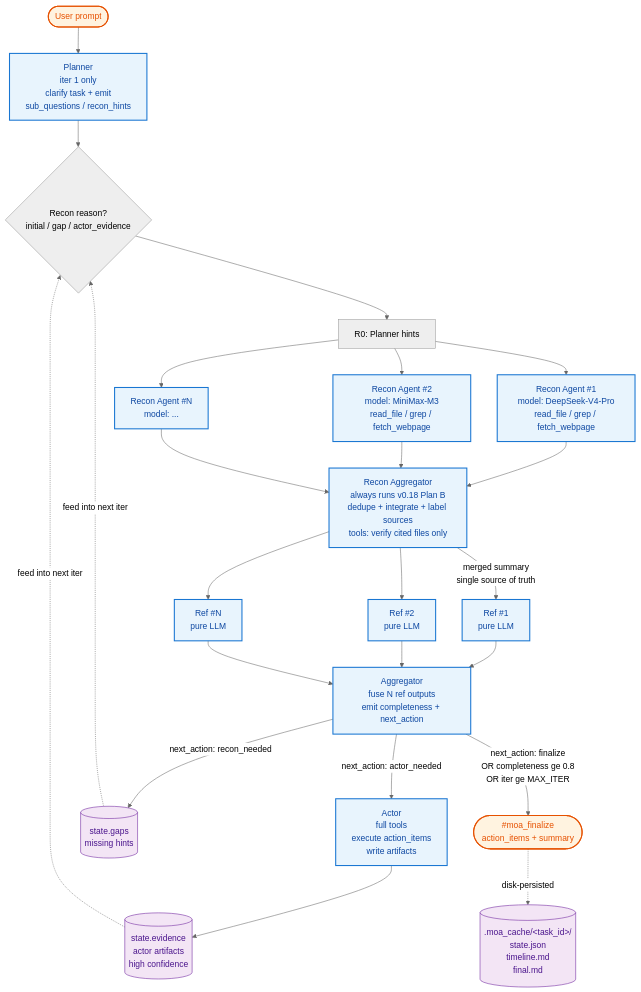
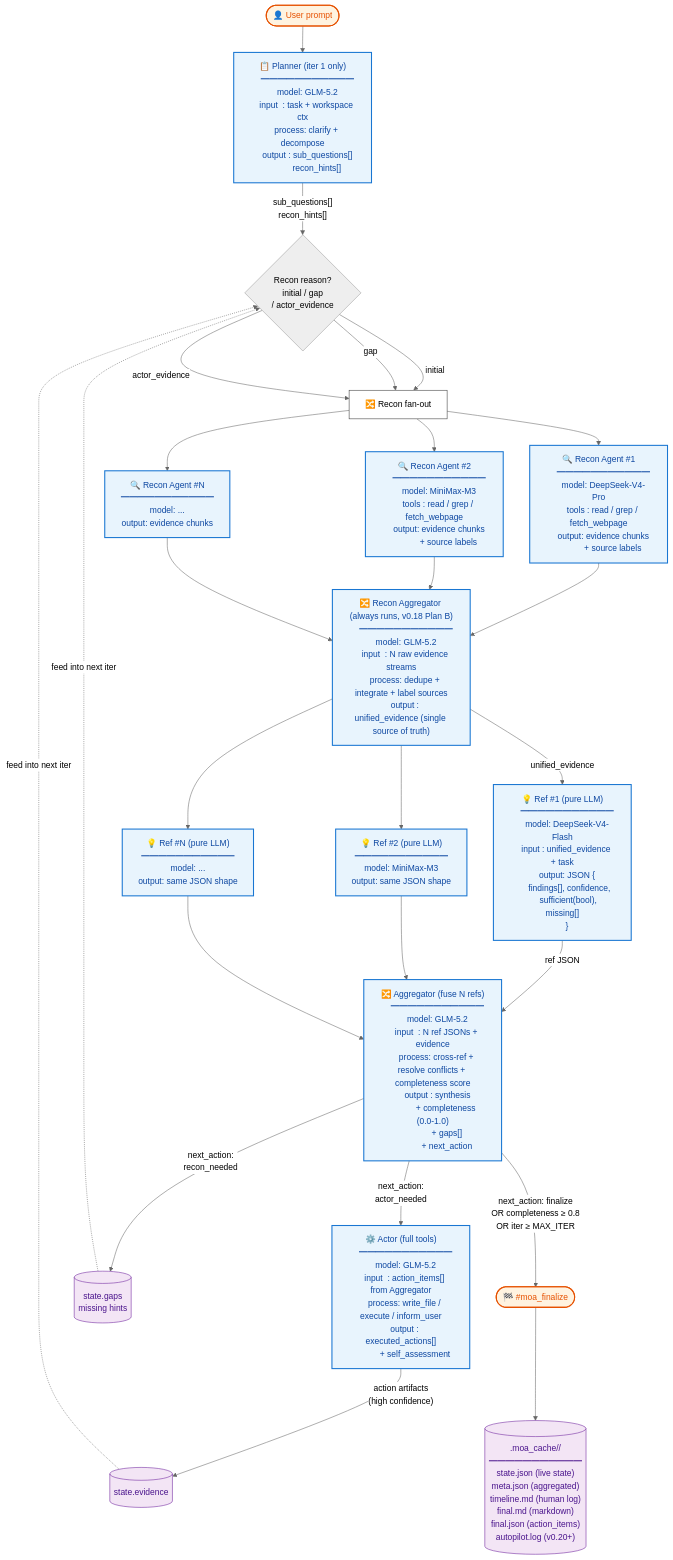
One commit to DDL095/vscode-moa changed the first of 2 diagrams in README.md. Above: the diagram before and after it, drawn with Mermaid (neutral theme). The commit also changed other lines of this file and 3 other files, not shown here.

First line of the commit message:
v0.20.3: README bilingual split + mermaid fix + detailed flow diagram

````diff
--- a/README.md
+++ b/README.md
@@ -29,27 +31,134 @@
 ```mermaid
 flowchart TD
-    U([User prompt]) --> P[Planner<br/>iter 1 only<br/>clarify task + emit<br/>sub_questions / recon_hints]
-    P --> R{Recon reason?<br/>initial / gap / actor_evidence}
-    R --> R0[R0: Planner hints]
-    R0 --> RA1[Recon Agent #1<br/>model: DeepSeek-V4-Pro<br/>read_file / grep / fetch_webpage]
-    R0 --> RA2[Recon Agent #2<br/>model: MiniMax-M3<br/>read_file / grep / fetch_webpage]
-    R0 --> RA3[Recon Agent #N<br/>model: ...]
-    RA1 --> AGG[Recon Aggregator<br/>always runs v0.18 Plan B<br/>dedupe + integrate + label sources<br/>tools: verify cited files only]
+    %% ━━ 阶段 0: 用户输入 ━━
+    U([👤 User prompt])
+
+    %% ━━ 阶段 1: Planner（仅 iter 1） ━━
+    U --> P
+    P["📋 Planner (iter 1 only)
+    ━━━━━━━━━━━
+    model: GLM-5.2
+    input  : task + workspace ctx
+    process: clarify + decompose
+    output : sub_questions[]
+            recon_hints[]"]
+
+    %% ━━ 阶段 2: Recon fan-out ━━
+    P -->|"sub_questions[]
+            recon_hints[]"| R
+    R{"Recon reason?
+      initial / gap
+      / actor_evidence"}
+    R -->|"initial"| R0["🔀 Recon fan-out"]
+    R -->|"gap"| R0
+    R -->|"actor_evidence"| R0
+
+    R0 --> RA1
+    R0 --> RA2
+    R0 --> RA3
+
+    RA1["🔍 Recon Agent #1
+    ━━━━━━━━━━━
+    model: DeepSeek-V4-Pro
+    tools : read / grep / fetch_webpage
+    output: evidence chunks
+            + source labels"]
+    RA2["🔍 Recon Agent #2
+    ━━━━━━━━━━━
+    model: MiniMax-M3
+    tools : read / grep / fetch_webpage
+    output: evidence chunks
+            + source labels"]
+    RA3["🔍 Recon Agent #N
+    ━━━━━━━━━━━
+    model: ...
+    output: evidence chunks"]
+
+    %% ━━ Recon Aggregator (Plan B, v0.18) ━━
+    RA1 --> AGG
     RA2 --> AGG
     RA3 --> AGG
-    AGG -->|merged summary<br/>single source of truth| REF1[Ref #1<br/>pure LLM]
-    AGG --> REF2[Ref #2<br/>pure LLM]
-    AGG --> REF3[Ref #N<br/>pure LLM]
-    REF1 --> A[Aggregator<br/>fuse N ref outputs<br/>emit completeness + next_action]
+
+    AGG["🔀 Recon Aggregator (always runs, v0.18 Plan B)
+    ━━━━━━━━━━━
+    model: GLM-5.2
+    input  : N raw evidence streams
+    process: dedupe + integrate + label sources
+    output : unified_evidence (single source of truth)"]
+
+    %% ━━ 阶段 3: Refs fan-out (pure LLM) ━━
+    AGG -->|"unified_evidence"| REF1
+    AGG --> REF2
+    AGG --> REF3
+
+    REF1["💡 Ref #1 (pure LLM)
+    ━━━━━━━━━━━
+    model: DeepSeek-V4-Flash
+    input : unified_evidence + task
+    output: JSON {
+      findings[], confidence,
+      sufficient(bool), missing[]
+    }"]
+    REF2["💡 Ref #2 (pure LLM)
+    ━━━━━━━━━━━
+    model: MiniMax-M3
+    output: same JSON shape"]
+    REF3["💡 Ref #N (pure LLM)
+    ━━━━━━━━━━━
+    model: ...
+    output: same JSON shape"]
+
+    %% ━━ 阶段 4: Aggregator (fuse N refs) ━━
+    REF1 -->|"ref JSON"| A
     REF2 --> A
     REF3 --> A
-    A -->|next_action: actor_needed| AC[Actor<br/>full tools<br/>execute action_items<br/>write artifacts]
-    AC --> EV[(state.evidence<br/>actor artifacts<br/>high confidence)]
-    EV -.->|feed into next iter| R
-    A -->|next_action: recon_needed| G[(state.gaps<br/>missing hints)]
-    G -.->|feed into next iter| R
-    A -->|next_action: finalize<br/>OR completeness ge 0.8<br/>OR iter ge MAX_ITER| F([#moa_finalize<br/>action_items + summary])
-    F -.->|disk-persisted| CACHE[(.moa_cache/&lt;task_id&gt;/<br/>state.json<br/>timeline.md<br/>final.md)]
+
+    A["🔀 Aggregator (fuse N refs)
+    ━━━━━━━━━━━
+    model: GLM-5.2
+    input  : N ref JSONs + evidence
+    process: cross-ref + resolve conflicts + completeness score
+    output : synthesis
+            + completeness (0.0-1.0)
+            + gaps[]
+            + next_action"]
+
+    %% ━━ 阶段 5: Actor 或 finalize 或 loop ━━
+    A -->|"next_action:
+            actor_needed"| AC
+    AC["⚙️ Actor (full tools)
+    ━━━━━━━━━━━
+    model: GLM-5.2
+    input  : action_items[] from Aggregator
+    process: write_file / execute / inform_user
+    output : executed_actions[]
+            + self_assessment"]
+
+    AC -->|"action artifacts
+            (high confidence)"| EV
+    EV[("state.evidence")]
+    EV -.->|"feed into next iter"| R
+
+    A -->|"next_action:
+            recon_needed"| G[("state.gaps
+            missing hints")]
+    G -.->|"feed into next iter"| R
+
+    A -->|"next_action: finalize
+            OR completeness ≥ 0.8
+            OR iter ≥ MAX_ITER"| F([🏁 #moa_finalize])
+    F --> CACHE
+
+    CACHE[(".moa_cache/<task_id>/
+    ━━━━━━━━━━━
+    state.json  (live state)
+    meta.json   (aggregated)
+    timeline.md (human log)
+    final.md    (markdown)
+    final.json  (action_items)
+    autopilot.log (v0.20+)")]
+
+    %% ━━ 样式 ━━
     classDef plain fill:#fff,stroke:#333,stroke-width:1px
     classDef role fill:#e8f4fd,stroke:#1976d2,stroke-width:2px,color:#0d47a1
     classDef terminal fill:#fff3e0,stroke:#e65100,stroke-width:2px,color:#e65100
@@ -57,4 +166,5 @@
     class P,RA1,RA2,RA3,AGG,REF1,REF2,REF3,A,AC role
     class U,F terminal
     class EV,G,CACHE store
+    class R0 plain
 ```
````
